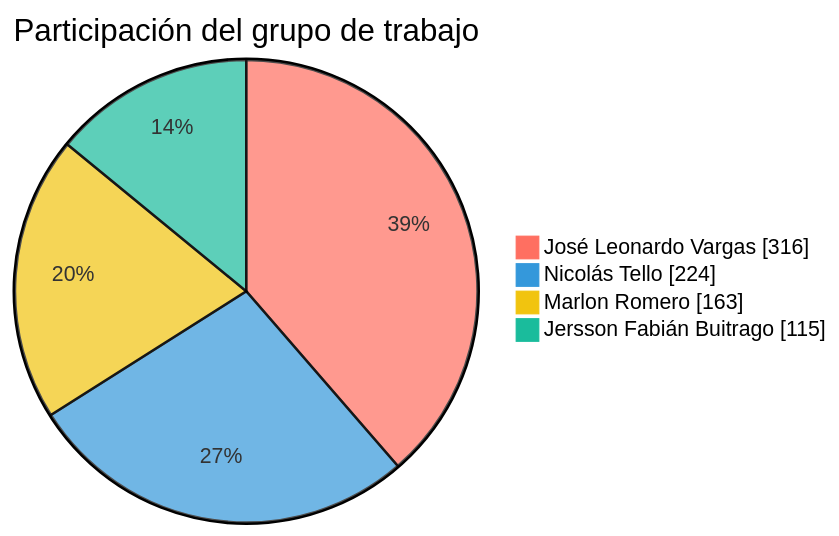
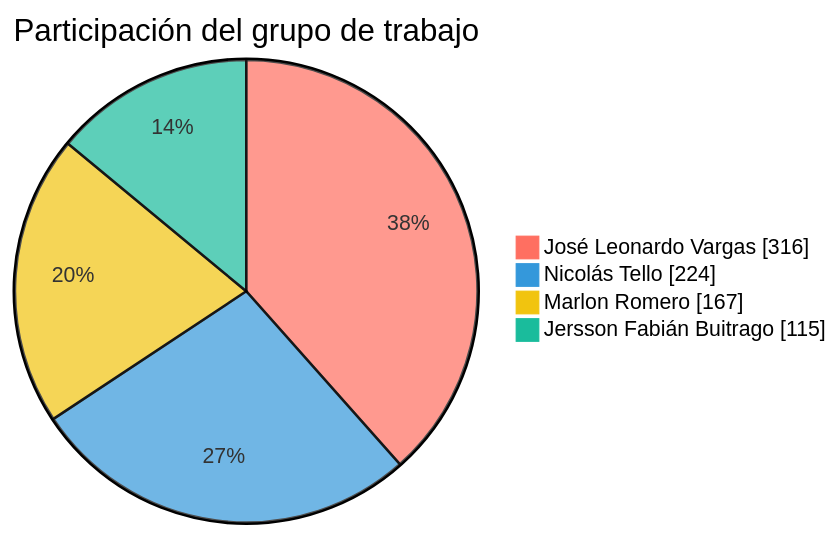
Before and after one commit to FarmaExpres/FarmaExpres: the first of 2 diagrams in README.md, drawn with Mermaid. The commit also changed other lines of this file and 1 other file, not shown here.

````diff
--- a/README.md
+++ b/README.md
@@ -391,9 +391,9 @@
 ```mermaid
 %%{init: {"themeVariables": {"pie1": "#ff6f61", "pie2": "#3498db", "pie3": "#f1c40f", "pie4": "#1abc9c", "pieLabelColor": "#000000", "pieLabelFontSize": "24px", "pieLabelFontWeight": "700"}}}%%
 pie showData
     title Participación del grupo de trabajo
     "José Leonardo Vargas" : 316
     "Nicolás Tello" : 224
-    "Marlon Romero" : 163
+    "Marlon Romero" : 167
     "Jersson Fabián Buitrago" : 115
 ```
````
